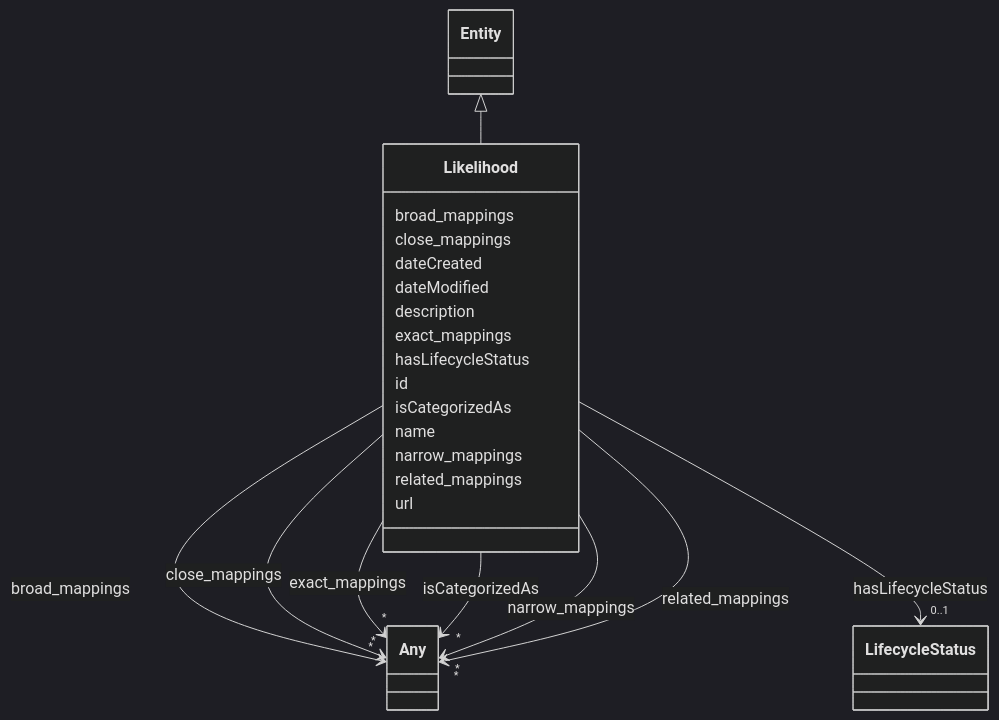
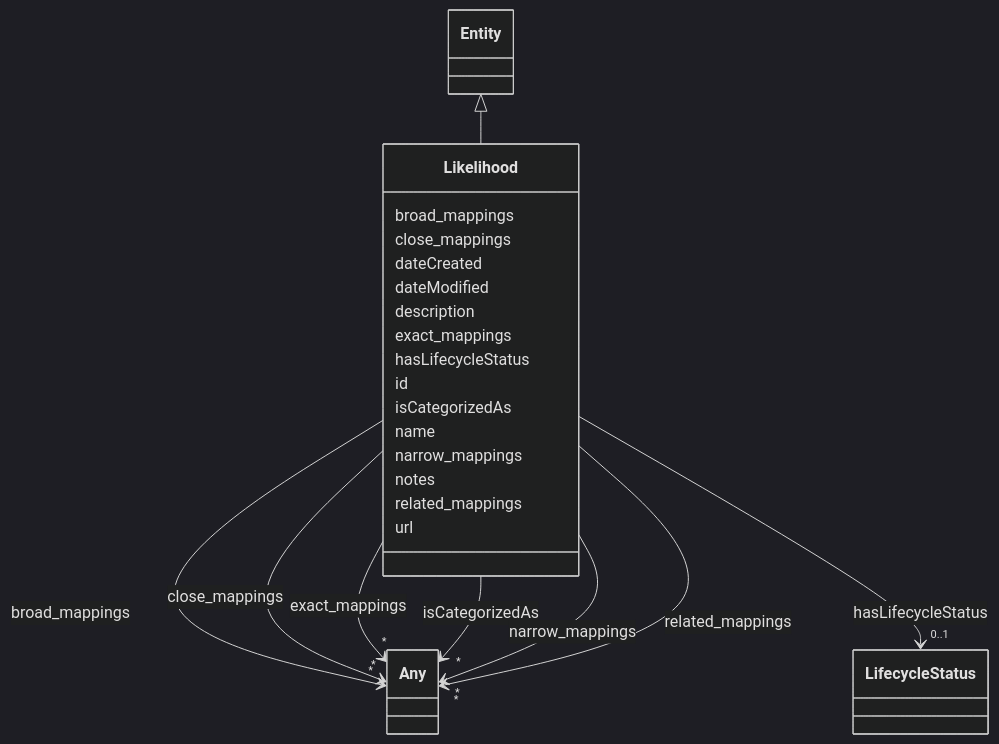
The diagram in docs/ontology/Likelihood.md (ingelise/risk-atlas-nexus), drawn with Mermaid (dark theme) before and after one commit. The commit also changed other lines of this file and 318 other files, not shown here.

```diff
--- a/docs/ontology/Likelihood.md
+++ b/docs/ontology/Likelihood.md
@@ -92,6 +92,8 @@
 
 
 
+      Likelihood : notes
+
       Likelihood : related_mappings
 
 
```
